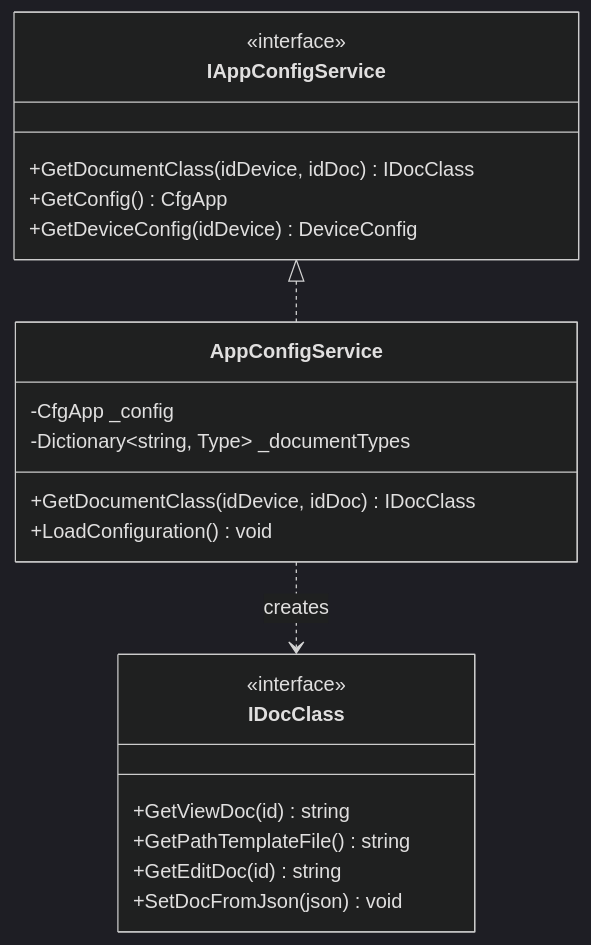
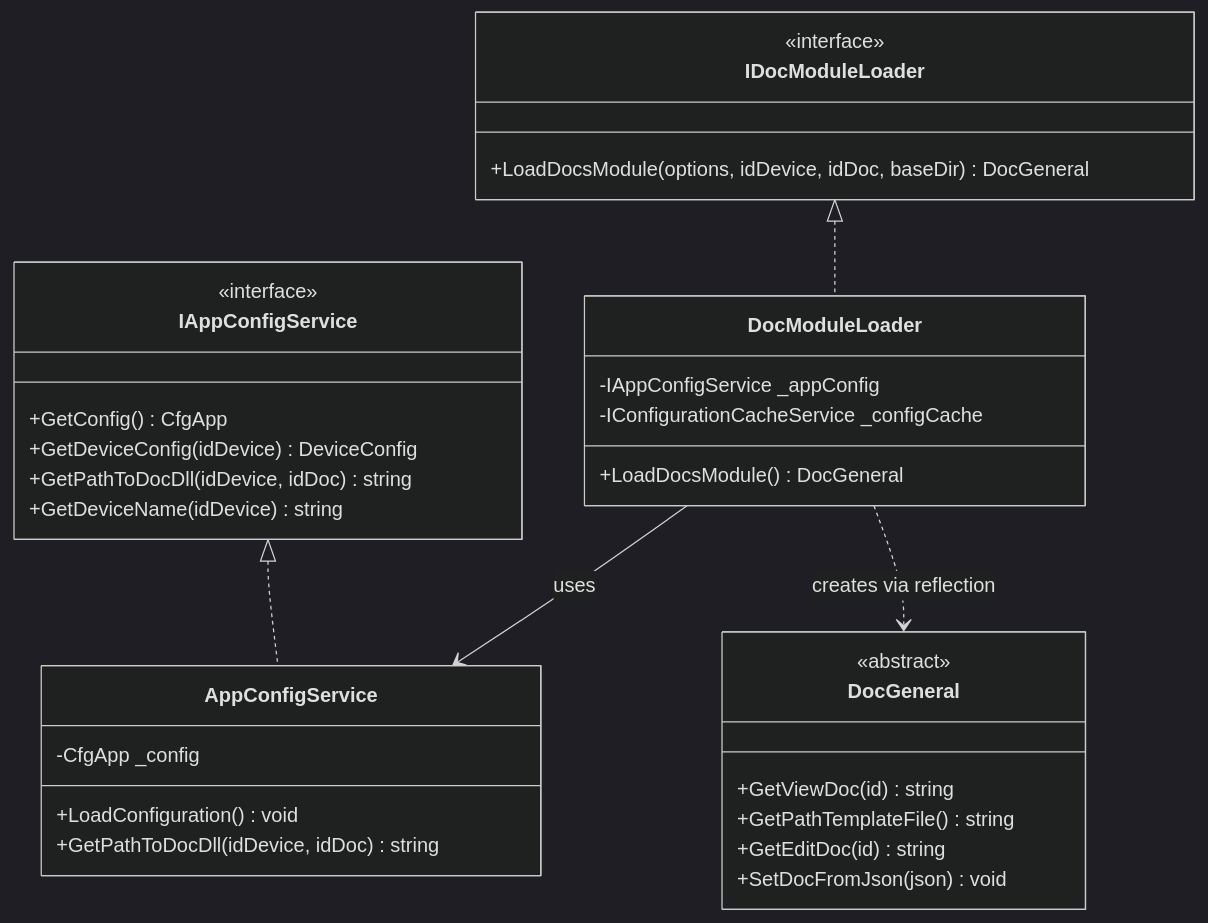
The third of 18 diagrams in docs/architecture/overview.md (tn-ivk/tn-doc), drawn with Mermaid (dark theme) before and after one commit. The commit also changed other lines of this file, not shown here.

First line of the commit message:
Актуализация архитектурной документации: устранены устаревшие ссылки на DocFactory и SignalR в Document Editor

````diff
--- a/docs/architecture/overview.md
+++ b/docs/architecture/overview.md
@@ -148,27 +147,40 @@
 ```mermaid
 classDiagram
     class IAppConfigService {
         <<interface>>
-        +GetDocumentClass(idDevice, idDoc) IDocClass
         +GetConfig() CfgApp
         +GetDeviceConfig(idDevice) DeviceConfig
+        +GetPathToDocDll(idDevice, idDoc) string
+        +GetDeviceName(idDevice) string
     }
 
     class AppConfigService {
         -CfgApp _config
-        -Dictionary~string, Type~ _documentTypes
-        +GetDocumentClass(idDevice, idDoc) IDocClass
         +LoadConfiguration() void
+        +GetPathToDocDll(idDevice, idDoc) string
     }
 
-    class IDocClass {
+    class IDocModuleLoader {
         <<interface>>
+        +LoadDocsModule(options, idDevice, idDoc, baseDir) DocGeneral
+    }
+
+    class DocModuleLoader {
+        -IAppConfigService _appConfig
+        -IConfigurationCacheService _configCache
+        +LoadDocsModule() DocGeneral
+    }
+
+    class DocGeneral {
+        <<abstract>>
         +GetViewDoc(id) string
         +GetPathTemplateFile() string
         +GetEditDoc(id) string
         +SetDocFromJson(json) void
     }
 
     IAppConfigService <|.. AppConfigService
-    AppConfigService ..> IDocClass : creates
+    IDocModuleLoader <|.. DocModuleLoader
+    DocModuleLoader --> AppConfigService : uses
+    DocModuleLoader ..> DocGeneral : creates via reflection
 ```
````
